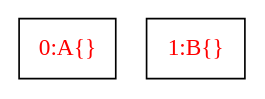
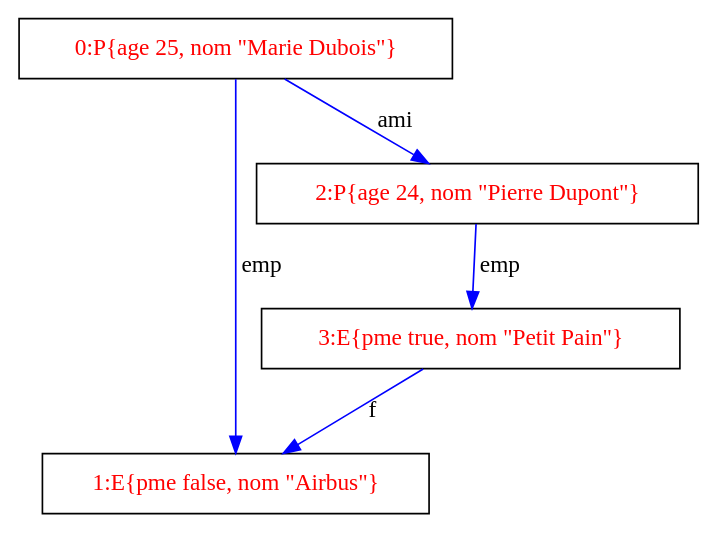
One commit to Metheor31Game/Projet_GraphDB changed the diagram in graphDB/graph.dot. Above: the diagram before and after it, drawn with Graphviz. The commit also changed 7 other files, not shown here.

```diff
--- a/graphDB/graph.dot
+++ b/graphDB/graph.dot
@@ -1,7 +1,16 @@
 digraph G {
-  0 [label="0:A{}", shape=box, fontcolor="#FF0000", ];
-  1 [label="1:B{}", shape=box, fontcolor="#FF0000", ];
+  0 [label="0:P{age 25, nom \"Marie Dubois\"}", shape=box,
+     fontcolor="#FF0000", ];
+  1 [label="1:E{pme false, nom \"Airbus\"}", shape=box, fontcolor="#FF0000", ];
+  2 [label="2:P{age 24, nom \"Pierre Dupont\"}", shape=box,
+     fontcolor="#FF0000", ];
+  3 [label="3:E{pme true, nom \"Petit Pain\"}", shape=box,
+     fontcolor="#FF0000", ];
   
   
+  0 -> 1 [color="#0000FF", label="emp", ];
+  0 -> 2 [color="#0000FF", label="ami", ];
+  2 -> 3 [color="#0000FF", label="emp", ];
+  3 -> 1 [color="#0000FF", label="f", ];
   
   }
```
